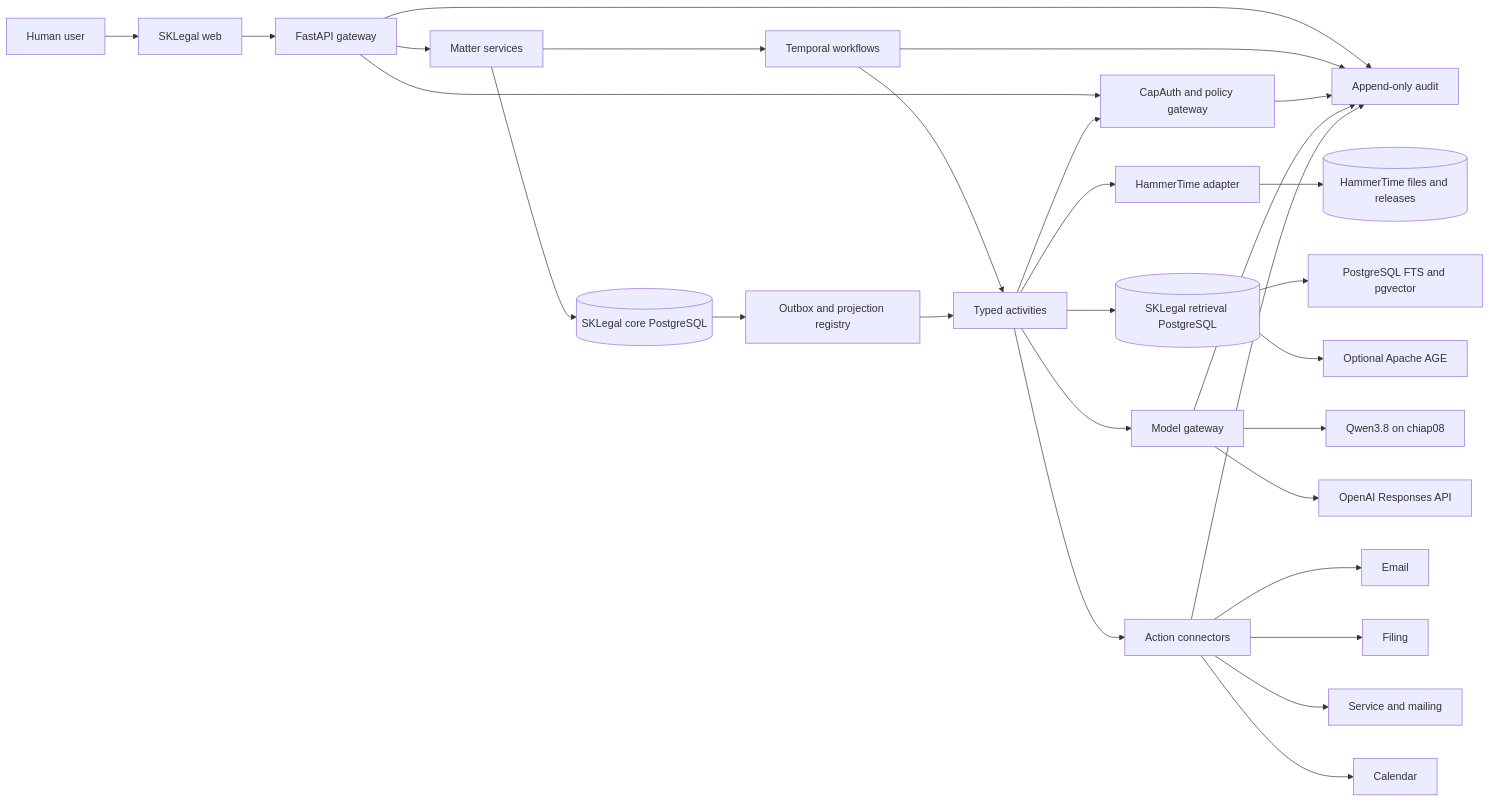
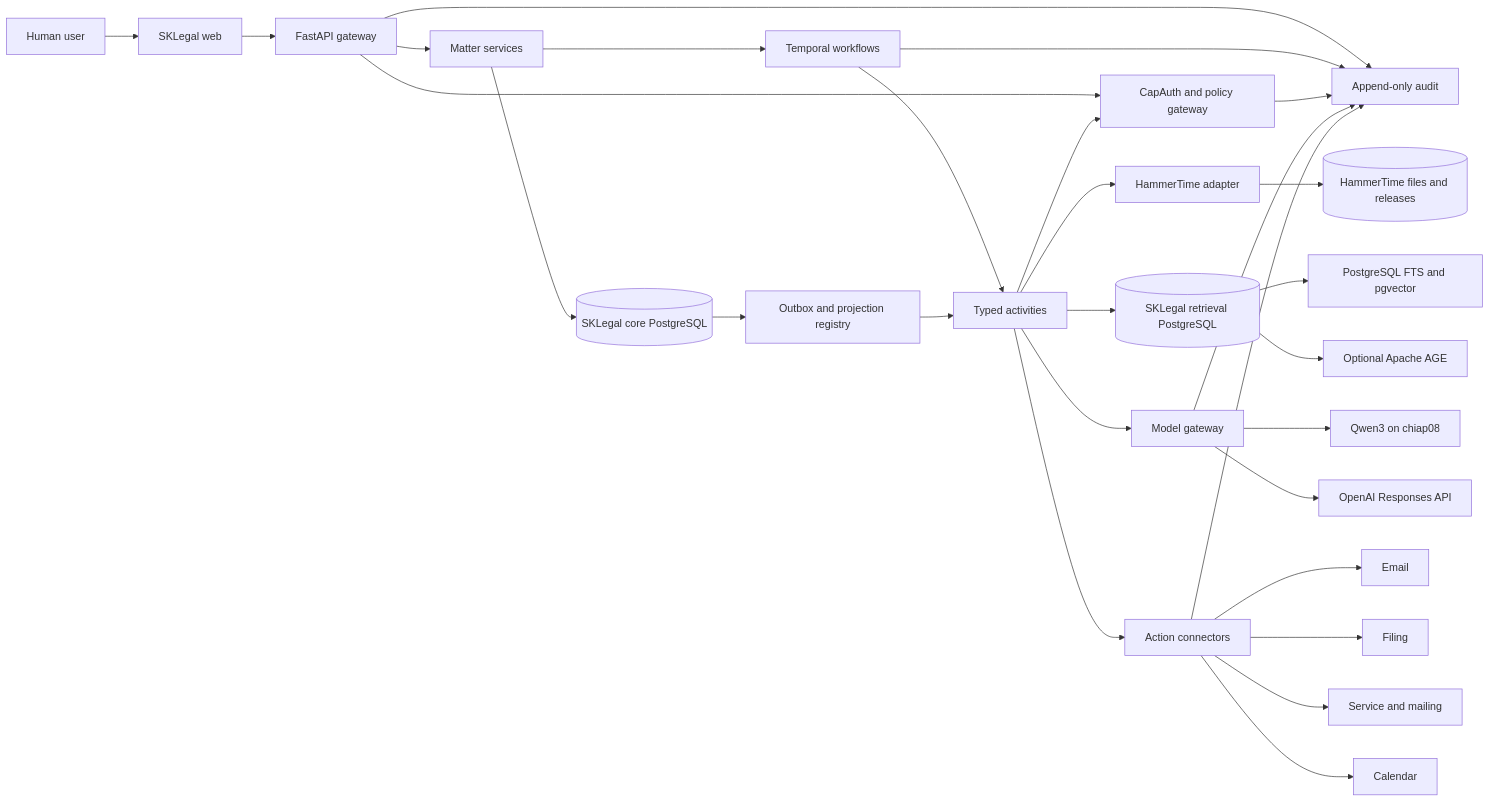
One commit to jarvis1openclaw/skcapstone changed the diagram in docs/architecture/SKLEGAL-HIGH-LEVEL-TDD.md. Above: the diagram before and after it, drawn with Mermaid. The commit also changed other lines of this file and 21 other files, not shown here.

````diff
--- a/docs/architecture/SKLEGAL-HIGH-LEVEL-TDD.md
+++ b/docs/architecture/SKLEGAL-HIGH-LEVEL-TDD.md
@@ -50,31 +50,31 @@
 ```mermaid
 flowchart LR
     U[Human user] --> W[SKLegal web]
     W --> A[FastAPI gateway]
     A --> C[CapAuth and policy gateway]
     A --> M[Matter services]
     M --> P[(SKLegal core PostgreSQL)]
     P --> O[Outbox and projection registry]
     M --> T[Temporal workflows]
     T --> X[Typed activities]
     X --> C
     X --> H[HammerTime adapter]
     H --> F[(HammerTime files and releases)]
     O --> X
     X --> R[(SKLegal retrieval PostgreSQL)]
     R --> V[PostgreSQL FTS and pgvector]
     R --> G[Optional Apache AGE]
     X --> MG[Model gateway]
-    MG --> QW[Qwen3.8 on chiap08]
+    MG --> QW[Qwen3 on chiap08]
     MG --> OA[OpenAI Responses API]
     X --> CN[Action connectors]
     CN --> EM[Email]
     CN --> FL[Filing]
     CN --> SV[Service and mailing]
     CN --> CA[Calendar]
     A --> AU[Append-only audit]
     T --> AU
     C --> AU
     MG --> AU
     CN --> AU
 ```
````
